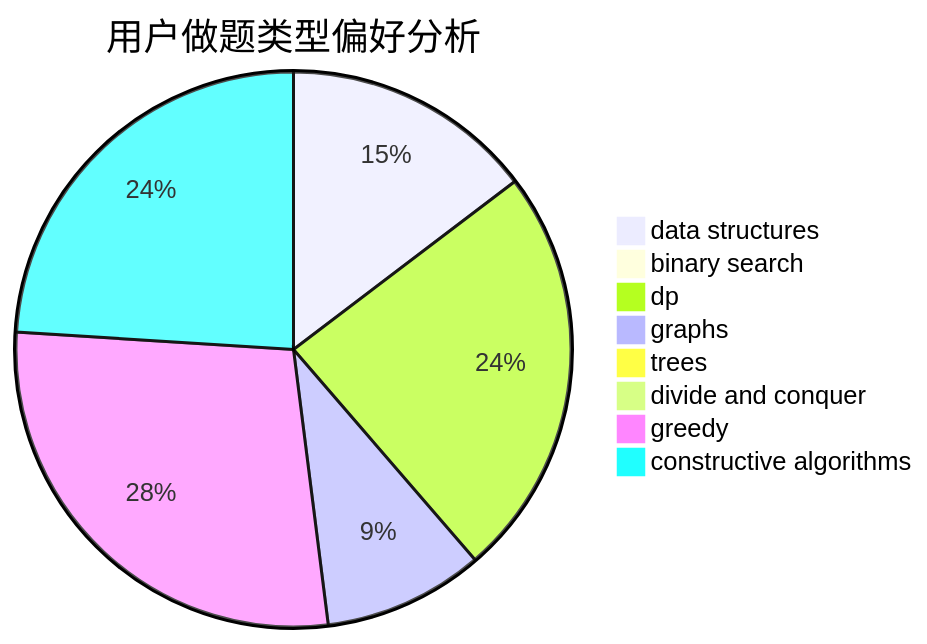
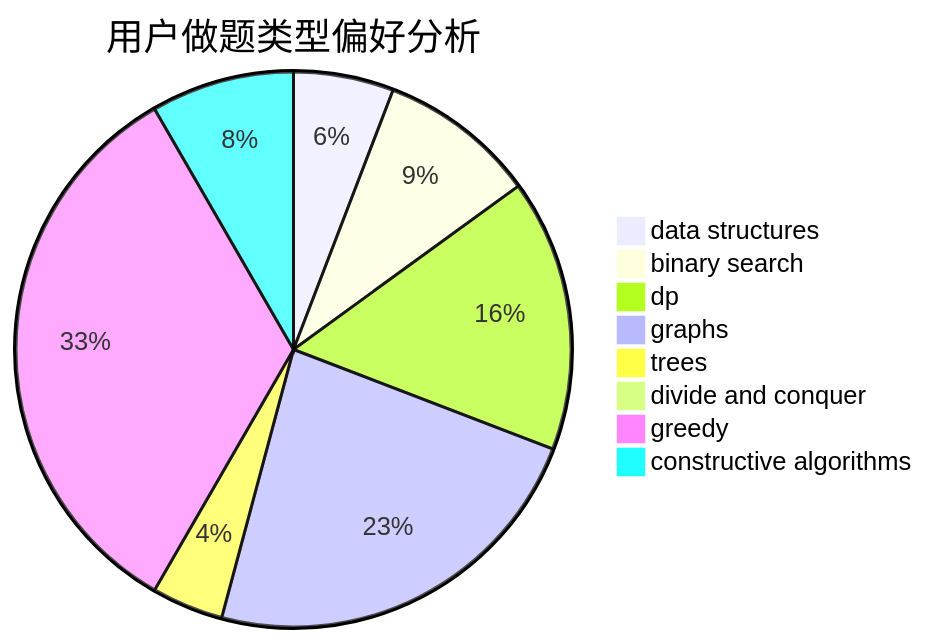
One commit to sherpahu/cfrs.github.io changed the second of 3 diagrams in docs/user/u2570.md. Above: the diagram before and after it, drawn with Mermaid. The commit also changed other lines of this file and 2770 other files, not shown here.

````diff
--- a/docs/user/u2570.md
+++ b/docs/user/u2570.md
@@ -23,11 +23,11 @@
 ```mermaid
 pie title 用户做题类型偏好分析
-    "data structures" :  11
-    "binary search" :  0
-    "dp" :  18
-    "graphs" :  7
-    "trees" :  0
-    "divide and conquer" :  0
-    "greedy" :  21
-    "constructive algorithms" :  18
+    "data structures" :  7
+    "binary search" :  11
+    "dp" :  19
+    "graphs" :  28
+    "trees" :  5
+    "divide and conquer" :  1
+    "greedy" :  40
+    "constructive algorithms" :  10
 ```
````
